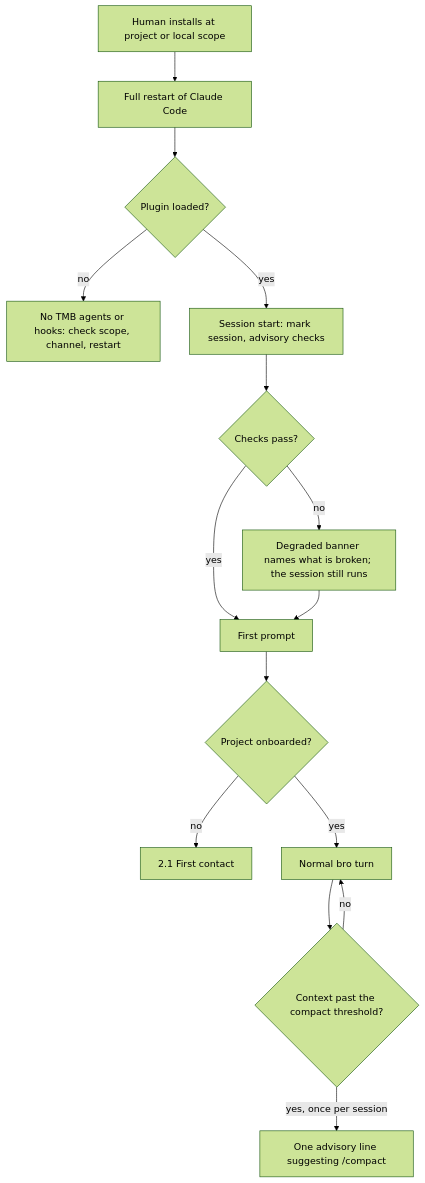
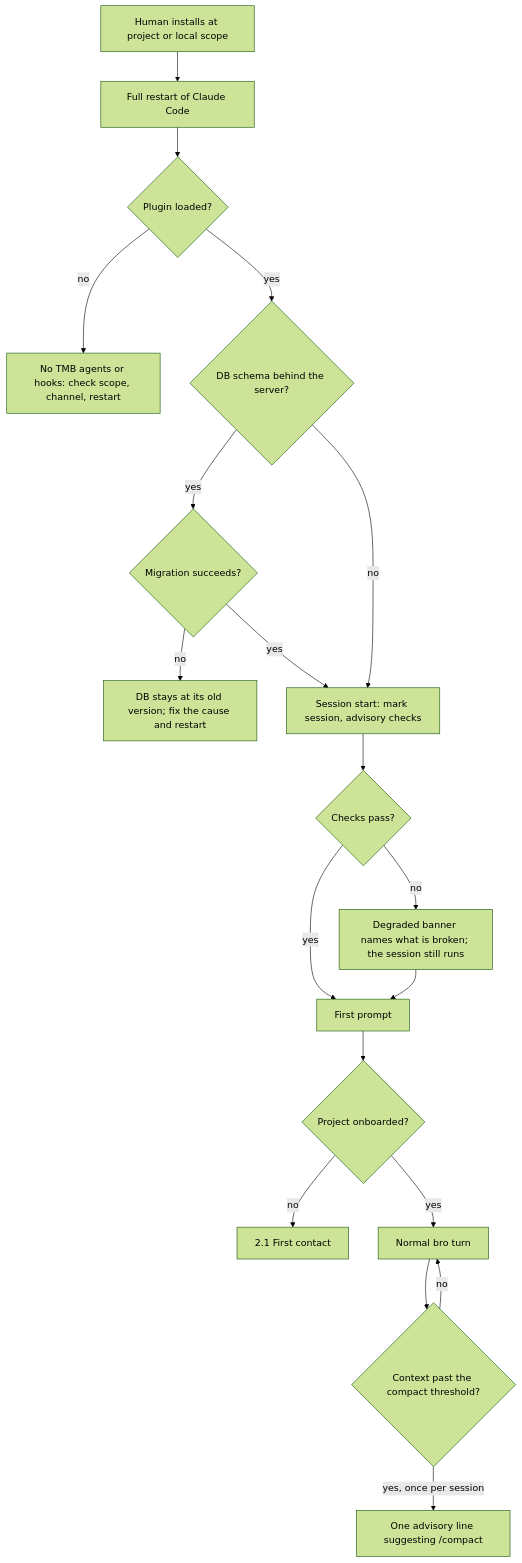
The diagram in docs/architecture/INSTALL.md (trustmybot/plugin), drawn with Mermaid (forest theme) before and after one commit. The commit also changed other lines of this file and 36 other files, not shown here.

First line of the commit message:
📝 docs(architecture): fold docs/reference into detail pages

````diff
--- a/docs/architecture/INSTALL.md
+++ b/docs/architecture/INSTALL.md
@@ -5,17 +5,21 @@
 ```mermaid
 flowchart TD
     A[Human installs at project or local scope] --> B[Full restart of Claude Code]
     B --> C{Plugin loaded?}
     C -- no --> X1[No TMB agents or hooks: check scope, channel, restart]
-    C -- yes --> D[Session start: mark session, advisory checks]
+    C -- yes --> M{DB schema behind the server?}
+    M -- yes --> N{Migration succeeds?}
+    N -- no --> X3[DB stays at its old version; fix the cause and restart]
+    N -- yes --> D
+    M -- no --> D[Session start: mark session, advisory checks]
     D --> E{Checks pass?}
     E -- no --> X2[Degraded banner names what is broken; the session still runs]
     E -- yes --> F[First prompt]
     X2 --> F
     F --> G{Project onboarded?}
     G -- no --> H[2.1 First contact]
     G -- yes --> I[Normal bro turn]
     I --> J{Context past the compact threshold?}
     J -- yes, once per session --> K[One advisory line suggesting /compact]
     J -- no --> I
 ```
````
